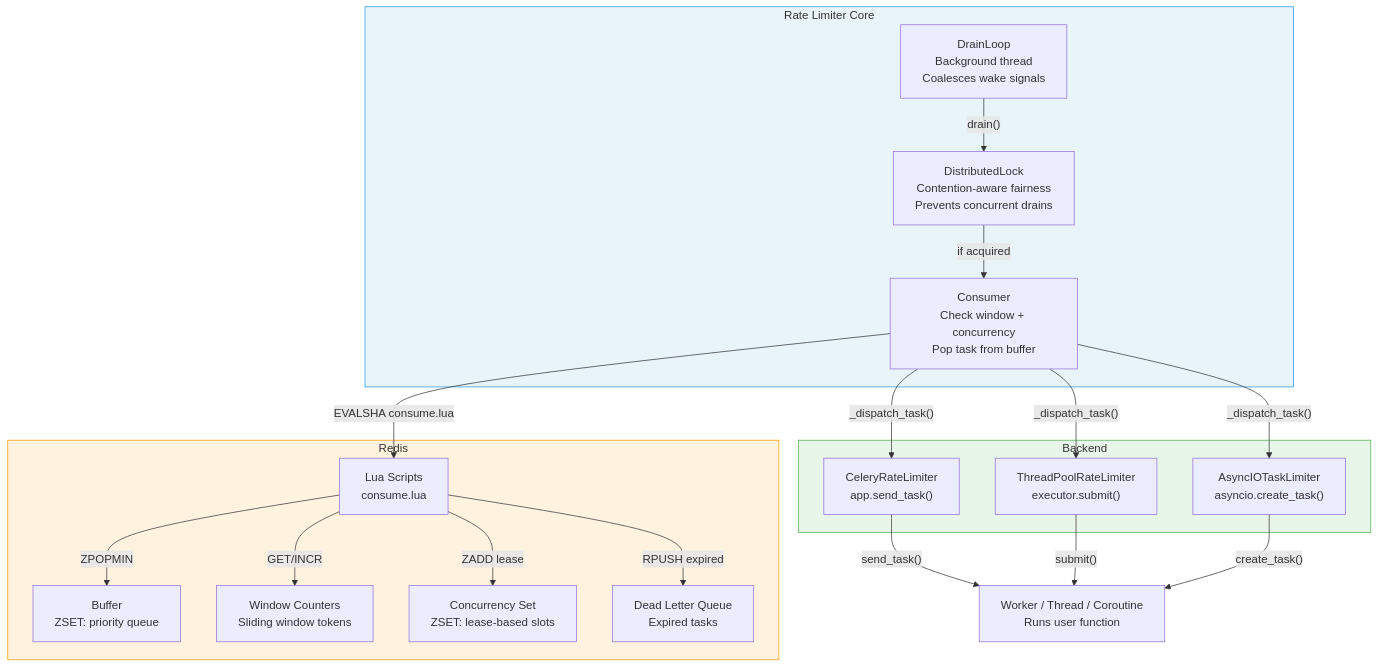
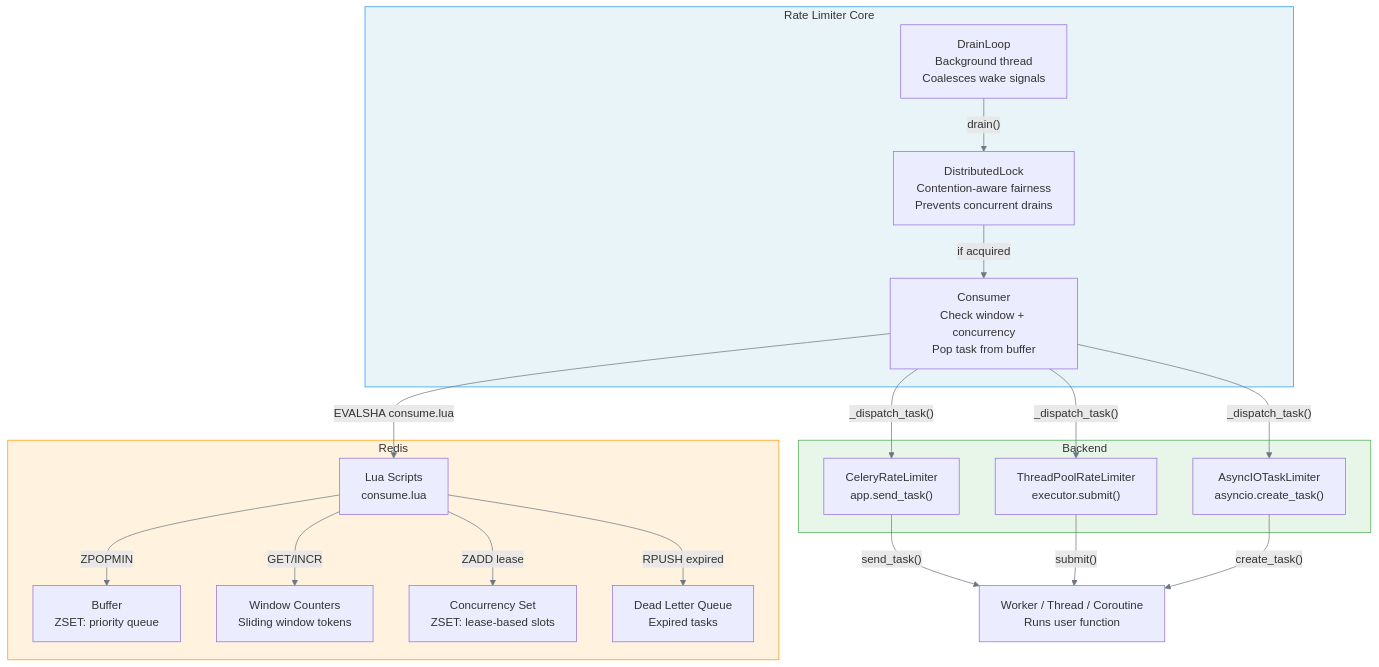
Before and after one commit to melroy999/redis-rate-limiter: the third of 4 diagrams in docs/architecture/components.md, drawn with Mermaid. The commit also changed other lines of this file and 20 other files, not shown here.

Commit message:
[/async] Fixed test section dividers and line breaks + darkmode colors in mermaid diagrams.

````diff
--- a/docs/architecture/components.md
+++ b/docs/architecture/components.md
@@ -97,42 +99,43 @@
 ```mermaid
+%%{init: {"theme": "default", "themeVariables": {"lineColor": "#6e7781"}}}%%
 graph TD
     subgraph Limiter ["Rate Limiter Core"]
-        DrainLoop["DrainLoop\nBackground thread\nCoalesces wake signals"]
-        Lock["DistributedLock\nContention-aware fairness\nPrevents concurrent drains"]
-        Consumer["Consumer\nCheck window + concurrency\nPop task from buffer"]
+        DrainLoop["DrainLoop<br>Background thread<br>Coalesces wake signals"]
+        Lock["DistributedLock<br>Contention-aware fairness<br>Prevents concurrent drains"]
+        Consumer["Consumer<br>Check window + concurrency<br>Pop task from buffer"]
     end
 
     subgraph Redis ["Redis"]
-        LuaScripts["Lua Scripts\nconsume.lua"]
-        Buffer["Buffer\nZSET: priority queue"]
-        WindowCounters["Window Counters\nSliding window tokens"]
-        ConcurrencySet["Concurrency Set\nZSET: lease-based slots"]
-        DLQ["Dead Letter Queue\nExpired tasks"]
+        LuaScripts["Lua Scripts<br>consume.lua"]
+        Buffer["Buffer<br>ZSET: priority queue"]
+        WindowCounters["Window Counters<br>Sliding window tokens"]
+        ConcurrencySet["Concurrency Set<br>ZSET: lease-based slots"]
+        DLQ["Dead Letter Queue<br>Expired tasks"]
     end
 
     subgraph Backends ["Backend"]
-        Celery["CeleryRateLimiter\napp.send_task()"]
-        ThreadPool["ThreadPoolRateLimiter\nexecutor.submit()"]
-        AsyncIO["AsyncIOTaskLimiter\nasyncio.create_task()"]
+        Celery["CeleryRateLimiter<br>app.send_task()"]
+        ThreadPool["ThreadPoolRateLimiter<br>executor.submit()"]
+        AsyncIO["AsyncIOTaskLimiter<br>asyncio.create_task()"]
     end
 
-    Worker["Worker / Thread / Coroutine\nRuns user function"]
+    Worker["Worker / Thread / Coroutine<br>Runs user function"]
 
     DrainLoop -->|"drain()"| Lock
     Lock -->|"if acquired"| Consumer
     Consumer -->|"EVALSHA consume.lua"| LuaScripts
     LuaScripts -->|"GET/INCR"| WindowCounters
     LuaScripts -->|"ZPOPMIN"| Buffer
     LuaScripts -->|"ZADD lease"| ConcurrencySet
     LuaScripts -->|"RPUSH expired"| DLQ
     Consumer -->|"_dispatch_task()"| Celery
     Consumer -->|"_dispatch_task()"| ThreadPool
     Consumer -->|"_dispatch_task()"| AsyncIO
     Celery -->|"send_task()"| Worker
     ThreadPool -->|"submit()"| Worker
     AsyncIO -->|"create_task()"| Worker
 
     style Limiter fill:#e8f4f8,stroke:#2196F3
     style Redis fill:#fff3e0,stroke:#FF9800
     style Backends fill:#e8f5e9,stroke:#4CAF50
 ```
````
